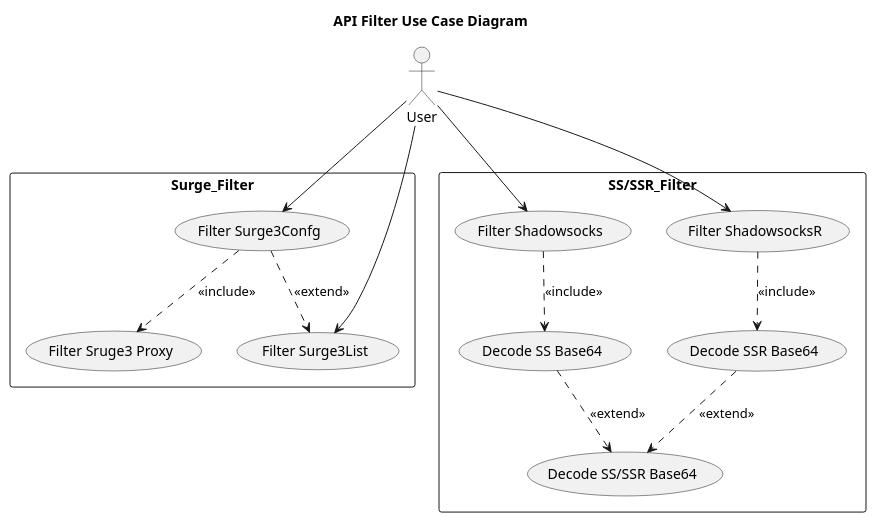
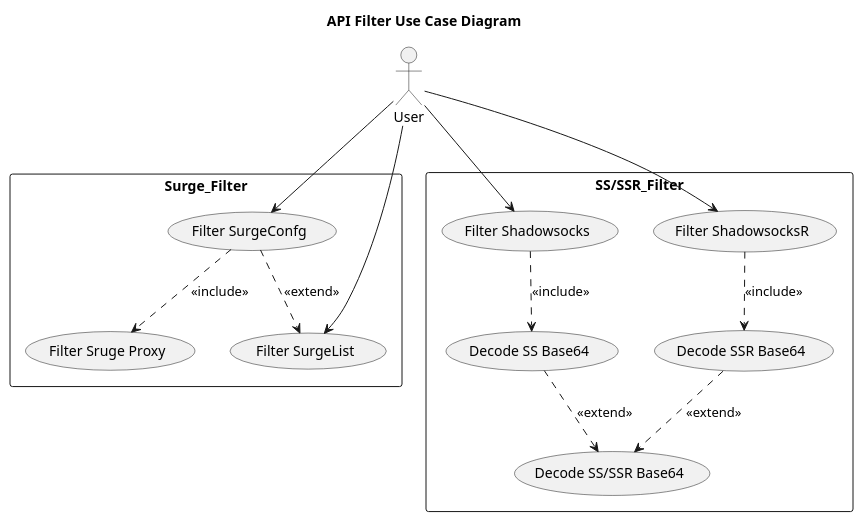
One commit to 0KABE/ConfConvertor changed the diagram in Diagrams/Filter/Use Case.wsd. Above: the diagram before and after it, drawn with PlantUML.

Commit message:
Update Use Case.wsd replace Surge3 by Surge

```diff
--- a/Diagrams/Filter/Use Case.wsd
+++ b/Diagrams/Filter/Use Case.wsd
@@ -1,25 +1,25 @@
 @startuml API Filter Use Case Diagram
 title API Filter Use Case Diagram
 
 actor User
 
 rectangle Surge_Filter{
     'Surge3
-    User --> (Filter Surge3List)
-    User --> (Filter Surge3Confg)
-    (Filter Surge3Confg) ..> (Filter Surge3List): <<extend>>
-    (Filter Surge3Confg) ..> (Filter Sruge3 Proxy): <<include>>
+    User --> (Filter SurgeList)
+    User --> (Filter SurgeConfg)
+    (Filter SurgeConfg) ..> (Filter SurgeList): <<extend>>
+    (Filter SurgeConfg) ..> (Filter Sruge Proxy): <<include>>
 }
 
 rectangle SS/SSR_Filter{
     'Shadowsocks
     User --> (Filter Shadowsocks)
     (Filter Shadowsocks) ..> (Decode SS Base64): <<include>>
     (Decode SS Base64) ..> (Decode SS/SSR Base64): <<extend>>
 
     'ShadowsocksR
     User --> (Filter ShadowsocksR)
     (Filter ShadowsocksR) ..> (Decode SSR Base64): <<include>>
     (Decode SSR Base64) ..> (Decode SS/SSR Base64): <<extend>>
 }
 @enduml
```
